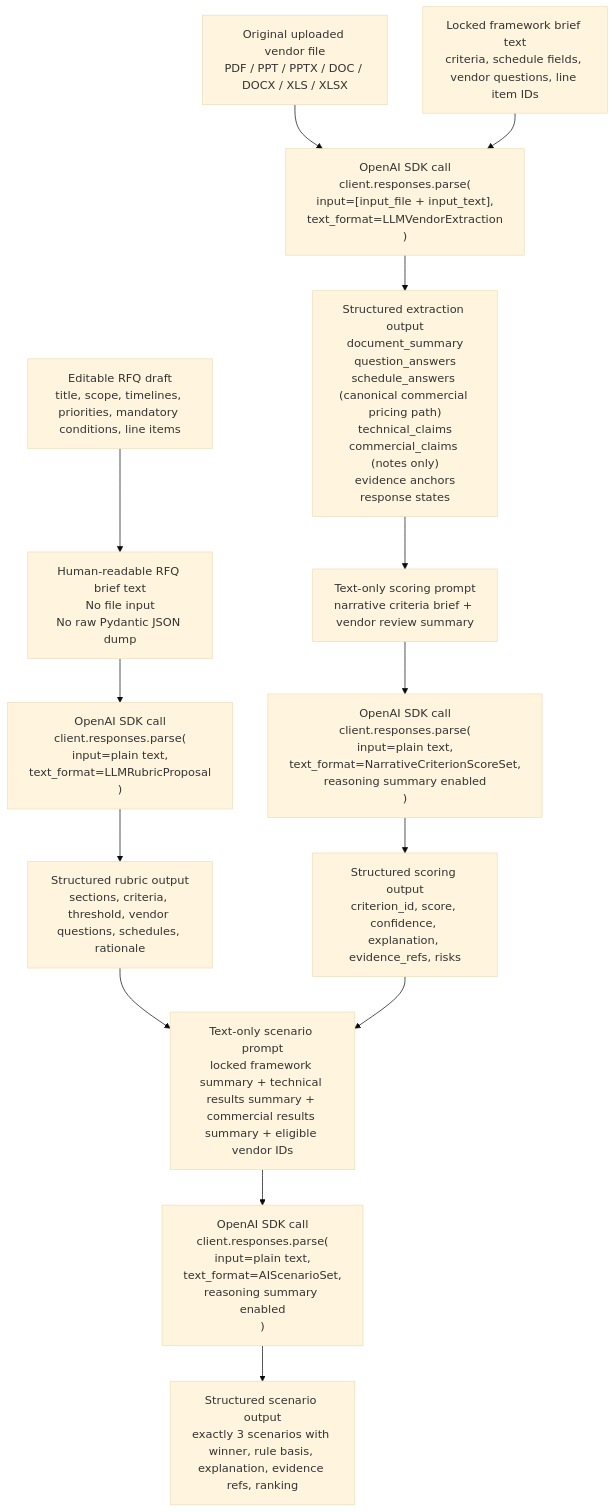
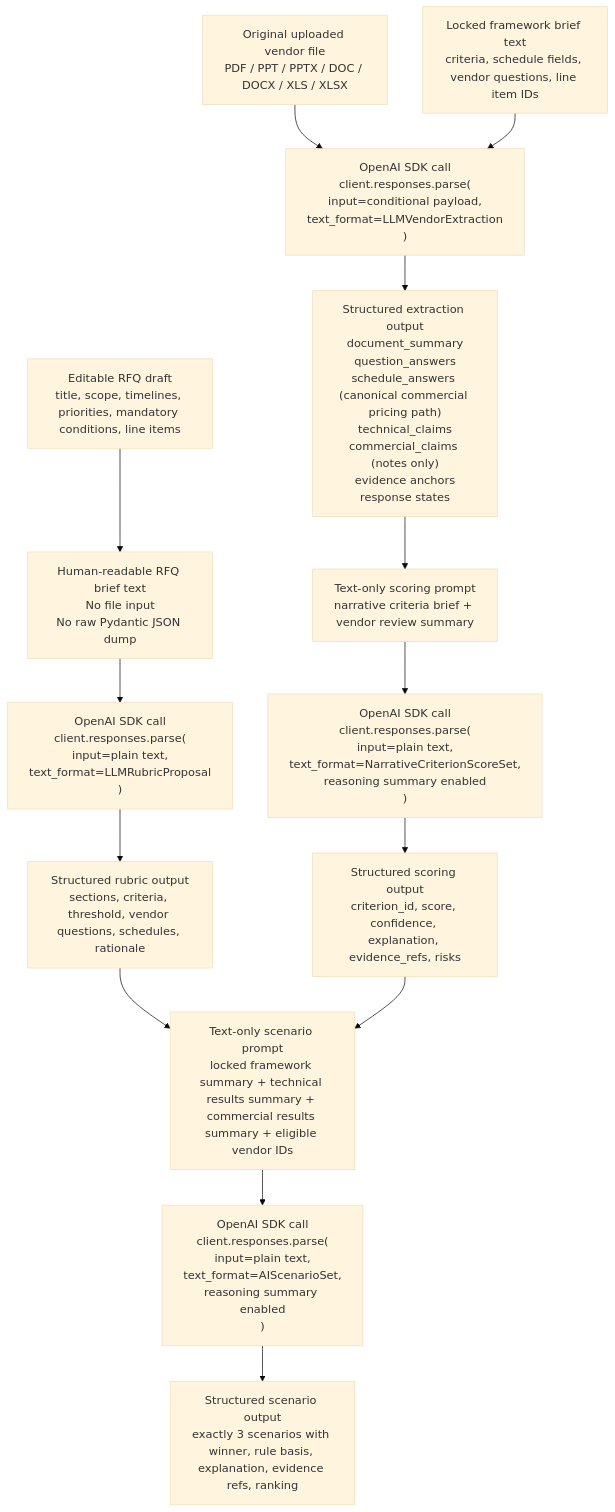
The second of 2 diagrams in docs/IMPLEMENTATION_PIPELINE.md (architworks/rfq_automation_system), drawn with Mermaid (base theme) before and after one commit. The commit also changed other lines of this file and 19 other files, not shown here.

````diff
--- a/docs/IMPLEMENTATION_PIPELINE.md
+++ b/docs/IMPLEMENTATION_PIPELINE.md
@@ -78,28 +78,28 @@
 ```mermaid
 flowchart TD
     RFQ["Editable RFQ draft<br/>title, scope, timelines, priorities, mandatory conditions, line items"]
     RFQBRIEF["Human-readable RFQ brief text<br/>No file input<br/>No raw Pydantic JSON dump"]
     RUBRICCALL["OpenAI SDK call<br/>client.responses.parse(<br/>input=plain text,<br/>text_format=LLMRubricProposal<br/>)"]
     RUBRICOUT["Structured rubric output<br/>sections, criteria, threshold, vendor questions, schedules, rationale"]
 
     VFILE["Original uploaded vendor file<br/>PDF / PPT / PPTX / DOC / DOCX / XLS / XLSX"]
     FRAMEWORK["Locked framework brief text<br/>criteria, schedule fields, vendor questions, line item IDs"]
-    EXTRACTCALL["OpenAI SDK call<br/>client.responses.parse(<br/>input=[input_file + input_text],<br/>text_format=LLMVendorExtraction<br/>)"]
+    EXTRACTCALL["OpenAI SDK call<br/>client.responses.parse(<br/>input=conditional payload,<br/>text_format=LLMVendorExtraction<br/>)"]
     EXTRACTOUT["Structured extraction output<br/>document_summary<br/>question_answers<br/>schedule_answers (canonical commercial pricing path)<br/>technical_claims<br/>commercial_claims (notes only)<br/>evidence anchors<br/>response states"]
 
     SCOREINPUT["Text-only scoring prompt<br/>narrative criteria brief + vendor review summary"]
     SCORECALL["OpenAI SDK call<br/>client.responses.parse(<br/>input=plain text,<br/>text_format=NarrativeCriterionScoreSet,<br/>reasoning summary enabled<br/>)"]
     SCOREOUT["Structured scoring output<br/>criterion_id, score, confidence, explanation, evidence_refs, risks"]
 
     SCENARIOINPUT["Text-only scenario prompt<br/>locked framework summary + technical results summary + commercial results summary + eligible vendor IDs"]
     SCENARIOCALL["OpenAI SDK call<br/>client.responses.parse(<br/>input=plain text,<br/>text_format=AIScenarioSet,<br/>reasoning summary enabled<br/>)"]
     SCENARIOOUT["Structured scenario output<br/>exactly 3 scenarios with winner, rule basis, explanation, evidence refs, ranking"]
 
     RFQ --> RFQBRIEF --> RUBRICCALL --> RUBRICOUT
     VFILE --> EXTRACTCALL
     FRAMEWORK --> EXTRACTCALL --> EXTRACTOUT
     EXTRACTOUT --> SCOREINPUT --> SCORECALL --> SCOREOUT
     RUBRICOUT --> SCENARIOINPUT
     SCOREOUT --> SCENARIOINPUT
     SCENARIOINPUT --> SCENARIOCALL --> SCENARIOOUT
 ```
````
